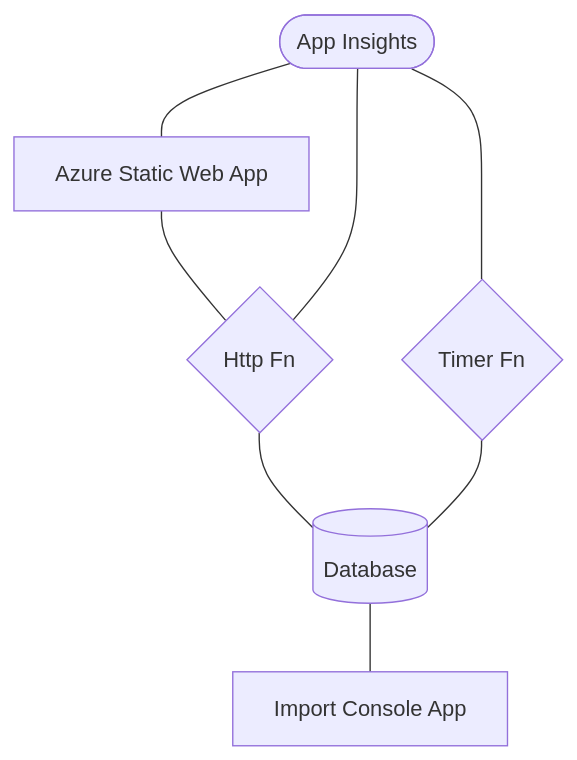
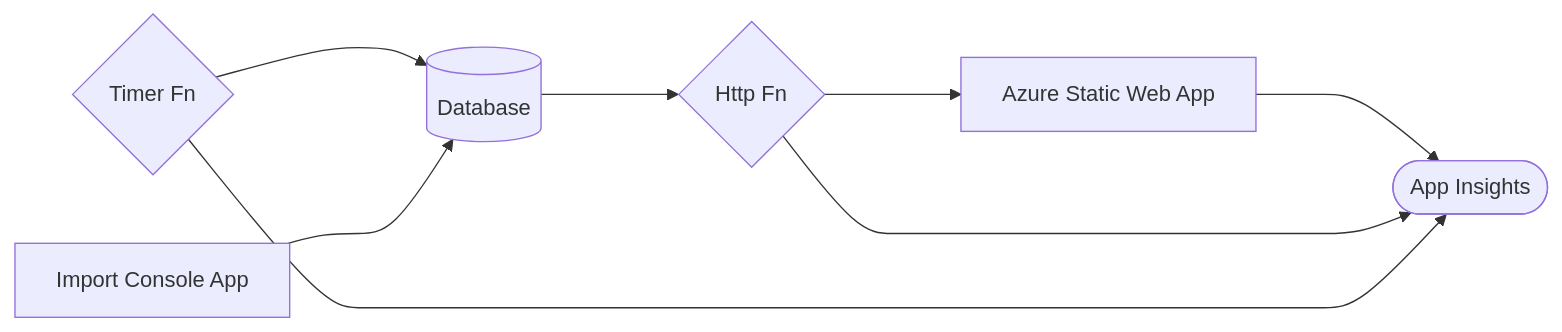
The diagram in README.md (funkysi1701/Blogv2), drawn with Mermaid before and after one commit.

````diff
--- a/README.md
+++ b/README.md
@@ -5,10 +5,10 @@
 ```mermaid
-graph TD
-    A[Azure Static Web App]---B{Http Fn}
-    B---D[(Database)]
-    C{Timer Fn}---D
-    D---E[Import Console App]
-    F([App Insights])---A
-    F---B
-    F---C
+graph LR
+    B{Http Fn}--->A[Azure Static Web App]
+    D[(Database)]--->B
+    C{Timer Fn}--->D
+    E[Import Console App]--->D
+    A--->F([App Insights])
+    B--->F
+    C--->F
 ```
````
